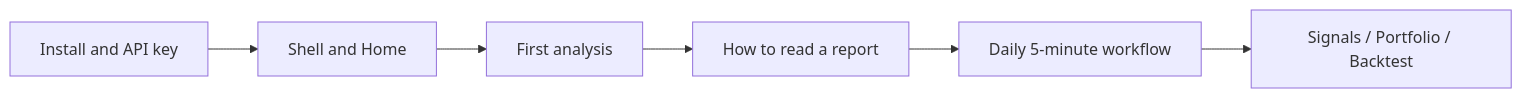
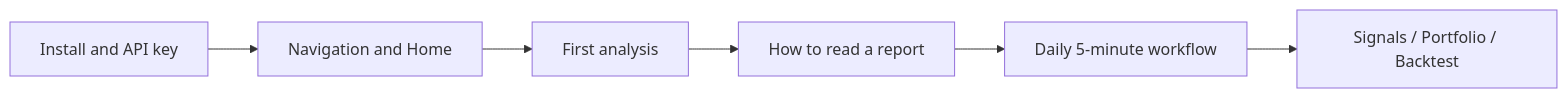
The diagram in docs/ui-manual/README_EN.md (SiinXu/stock-pulse-ai), drawn with Mermaid before and after one commit. The commit also changed other lines of this file and 73 other files, not shown here.

First line of the commit message:
docs(ui-manual): deepen modules with scenarios, tone pass, and figure placeholders

````diff
--- a/docs/ui-manual/README_EN.md
+++ b/docs/ui-manual/README_EN.md
@@ -13,8 +39,8 @@
 ```mermaid
 flowchart LR
-  A[Install and API key] --> B[Shell and Home]
+  A[Install and API key] --> B[Navigation and Home]
   B --> C[First analysis]
   C --> D[How to read a report]
   D --> E[Daily 5-minute workflow]
   E --> F[Signals / Portfolio / Backtest]
 ```
````
